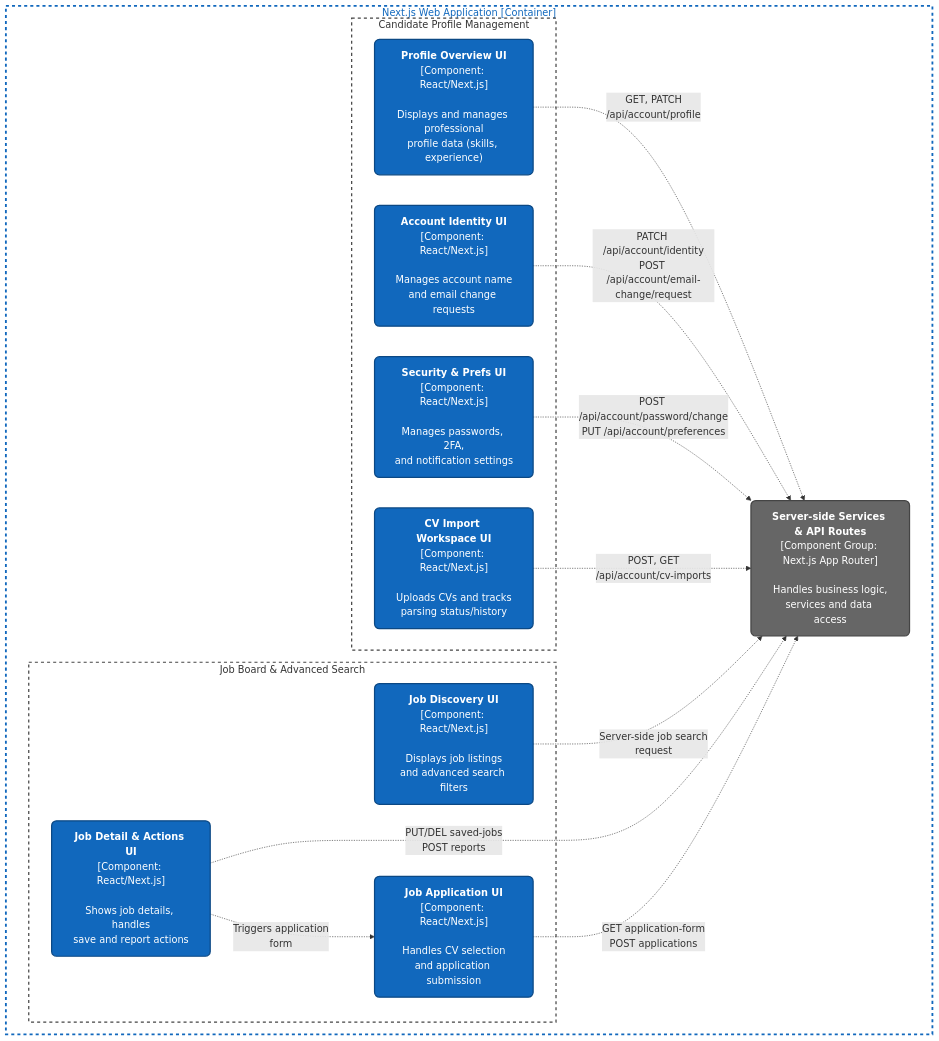
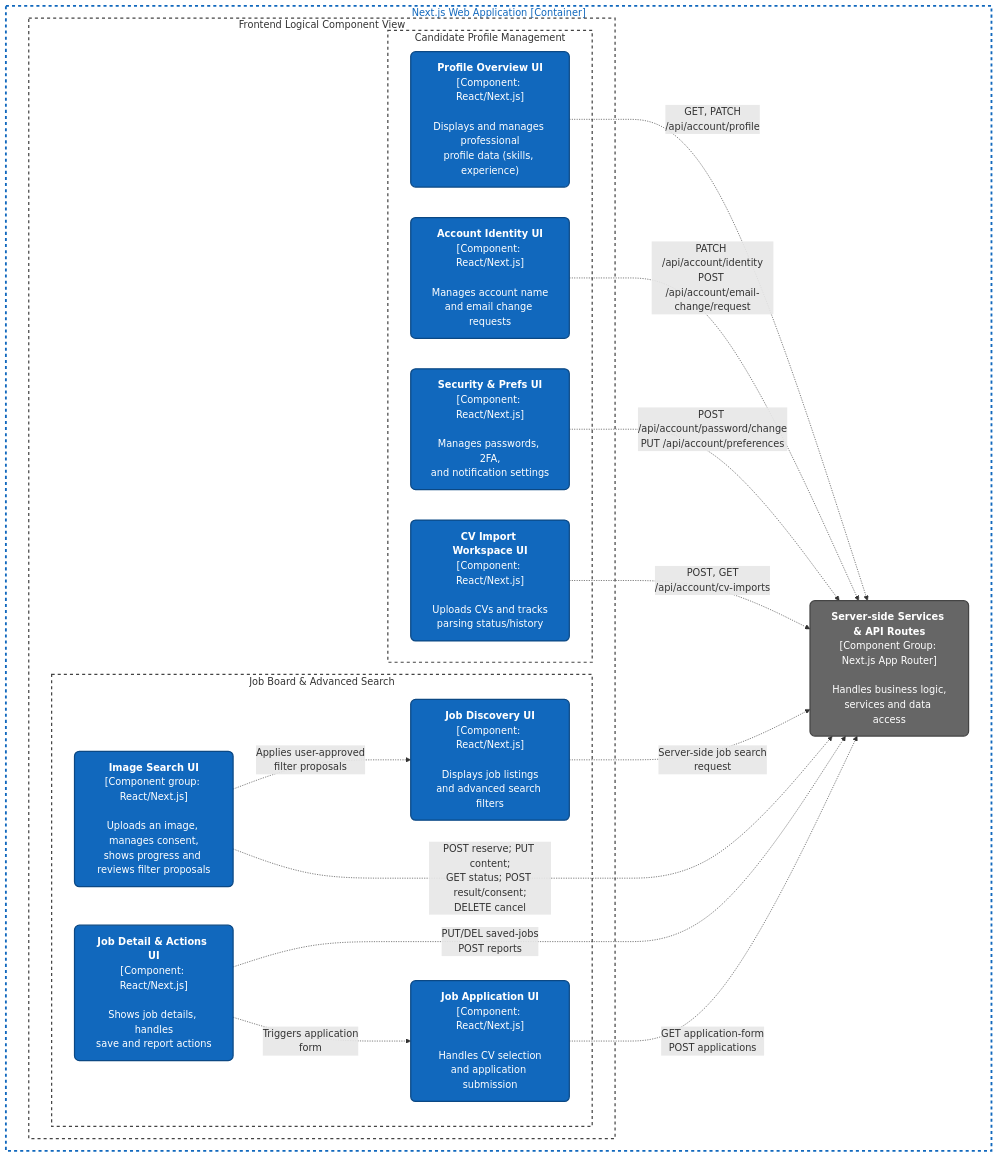
The diagram in docs/diagrams/container component diagrams/Frontend_Component.md (quocuy0112/Software-Engineering---Group-9), drawn with Mermaid before and after one commit. The commit also changed other lines of this file and 6 other files, not shown here.

Commit message:
Verify Diagrams for PA4

````diff
--- a/docs/diagrams/container component diagrams/Frontend_Component.md
+++ b/docs/diagrams/container component diagrams/Frontend_Component.md
@@ -5,48 +9,52 @@
 ```mermaid
 flowchart TD
     %% Styling
     classDef component fill:#1168bd,stroke:#0b4884,stroke-width:2px,color:#fff,rx:8px,ry:8px
     classDef backend fill:#666666,stroke:#444444,stroke-width:2px,color:#fff,rx:8px,ry:8px
     classDef boundary fill:none,stroke:#444,stroke-width:2px,stroke-dasharray: 5 5,color:#333
     classDef containerBoundary fill:none,stroke:#1168bd,stroke-width:3px,stroke-dasharray: 5 5,color:#1168bd
 
     %% Next.js Web Application Container Boundary
     subgraph Container_Frontend ["Next.js Web Application [Container]"]
-        
-        %% Candidate Profile Management Boundary
-        subgraph Boundary_Profile ["Candidate Profile Management"]
-            C_Profile["<b>Profile Overview UI</b><br/>[Component: React/Next.js]<br/><br/>Displays and manages professional<br/>profile data (skills, experience)"]:::component
-            C_Account["<b>Account Identity UI</b><br/>[Component: React/Next.js]<br/><br/>Manages account name<br/>and email change requests"]:::component
-            C_Security["<b>Security & Prefs UI</b><br/>[Component: React/Next.js]<br/><br/>Manages passwords, 2FA,<br/>and notification settings"]:::component
-            C_CV["<b>CV Import Workspace UI</b><br/>[Component: React/Next.js]<br/><br/>Uploads CVs and tracks<br/>parsing status/history"]:::component
+        subgraph Frontend_View ["Frontend Logical Component View"]
+            %% Candidate Profile Management Boundary
+            subgraph Boundary_Profile ["Candidate Profile Management"]
+                C_Profile["<b>Profile Overview UI</b><br/>[Component: React/Next.js]<br/><br/>Displays and manages professional<br/>profile data (skills, experience)"]:::component
+                C_Account["<b>Account Identity UI</b><br/>[Component: React/Next.js]<br/><br/>Manages account name<br/>and email change requests"]:::component
+                C_Security["<b>Security & Prefs UI</b><br/>[Component: React/Next.js]<br/><br/>Manages passwords, 2FA,<br/>and notification settings"]:::component
+                C_CV["<b>CV Import Workspace UI</b><br/>[Component: React/Next.js]<br/><br/>Uploads CVs and tracks<br/>parsing status/history"]:::component
+            end
+
+            %% Job Board & Advanced Search Boundary
+            subgraph Boundary_Jobs ["Job Board & Advanced Search"]
+                C_Search["<b>Job Discovery UI</b><br/>[Component: React/Next.js]<br/><br/>Displays job listings<br/>and advanced search filters"]:::component
+                C_ImageSearch["<b>Image Search UI</b><br/>[Component group: React/Next.js]<br/><br/>Uploads an image, manages consent,<br/>shows progress and reviews filter proposals"]:::component
+                C_Detail["<b>Job Detail & Actions UI</b><br/>[Component: React/Next.js]<br/><br/>Shows job details, handles<br/>save and report actions"]:::component
+                C_Apply["<b>Job Application UI</b><br/>[Component: React/Next.js]<br/><br/>Handles CV selection<br/>and application submission"]:::component
+            end
         end
 
-        %% Job Board & Advanced Search Boundary
-        subgraph Boundary_Jobs ["Job Board & Advanced Search"]
-            C_Search["<b>Job Discovery UI</b><br/>[Component: React/Next.js]<br/><br/>Displays job listings<br/>and advanced search filters"]:::component
-            C_Detail["<b>Job Detail & Actions UI</b><br/>[Component: React/Next.js]<br/><br/>Shows job details, handles<br/>save and report actions"]:::component
-            C_Apply["<b>Job Application UI</b><br/>[Component: React/Next.js]<br/><br/>Handles CV selection<br/>and application submission"]:::component
-        end
-        
         %% Backend Services & API (Inside the Next.js Container)
         API["<b>Server-side Services & API Routes</b><br/>[Component Group: Next.js App Router]<br/><br/>Handles business logic,<br/>services and data access"]:::backend
-        
+
     end
 
     %% Relationships - Profile
     C_Profile -. "GET, PATCH<br/>/api/account/profile" .-> API
     C_Account -. "PATCH /api/account/identity<br/>POST /api/account/email-change/request" .-> API
     C_Security -. "POST /api/account/password/change<br/>PUT /api/account/preferences" .-> API
     C_CV -. "POST, GET<br/>/api/account/cv-imports" .-> API
 
     %% Relationships - Jobs
     C_Search -. "Server-side job search<br/>request" .-> API
+    C_ImageSearch -. "POST reserve; PUT content;<br/>GET status; POST result/consent;<br/>DELETE cancel" .-> API
+    C_ImageSearch -. "Applies user-approved<br/>filter proposals" .-> C_Search
     C_Detail -. "PUT/DEL saved-jobs<br/>POST reports" .-> API
     C_Apply -. "GET application-form<br/>POST applications" .-> API
 
     C_Detail -. "Triggers application<br/>form" .-> C_Apply
-    
+
     %% Layout constraints
-    class Boundary_Profile,Boundary_Jobs boundary
+    class Boundary_Profile,Boundary_Jobs,Frontend_View boundary
     class Container_Frontend containerBoundary
 ```
````
